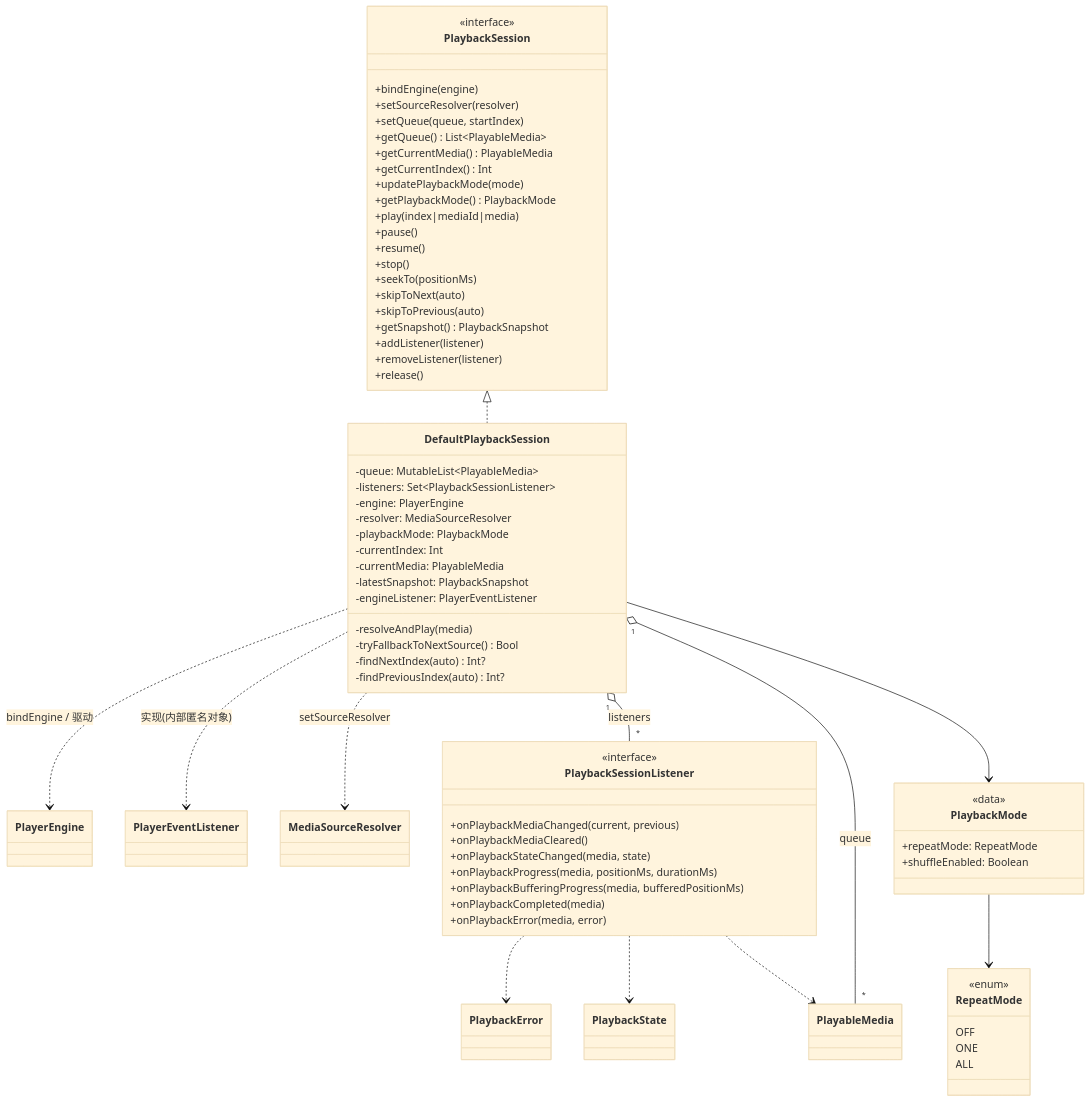
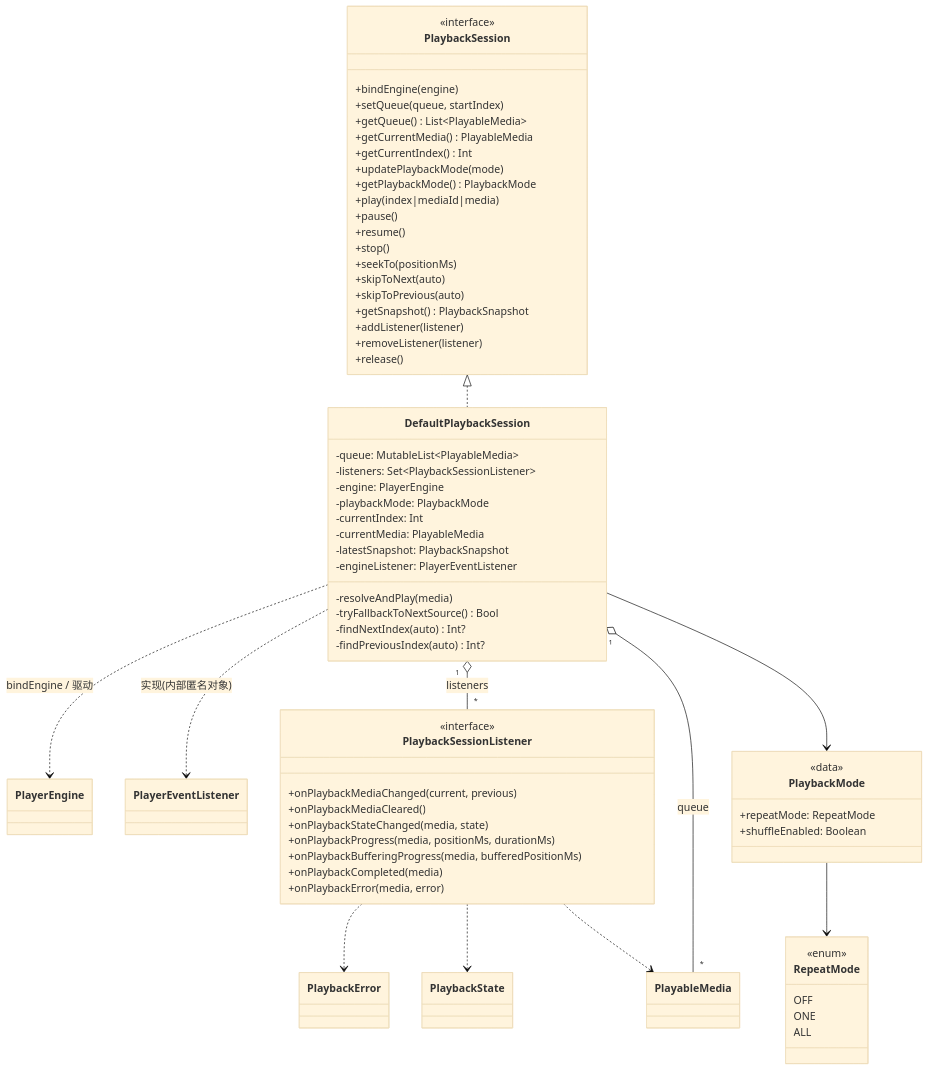
One commit to qinweiforandroid/QPlayer changed the first of 4 diagrams in docs/ai/protocol-class-diagram.md. Above: the diagram before and after it, drawn with Mermaid (base theme). The commit also changed other lines of this file and 22 other files, not shown here.

````diff
--- a/docs/ai/protocol-class-diagram.md
+++ b/docs/ai/protocol-class-diagram.md
@@ -7,77 +9,74 @@
 ```mermaid
 classDiagram
     class PlaybackSession {
         <<interface>>
         +bindEngine(engine)
-        +setSourceResolver(resolver)
         +setQueue(queue, startIndex)
         +getQueue() List~PlayableMedia~
         +getCurrentMedia() PlayableMedia
         +getCurrentIndex() Int
         +updatePlaybackMode(mode)
         +getPlaybackMode() PlaybackMode
         +play(index|mediaId|media)
         +pause()
         +resume()
         +stop()
         +seekTo(positionMs)
         +skipToNext(auto)
         +skipToPrevious(auto)
         +getSnapshot() PlaybackSnapshot
         +addListener(listener)
         +removeListener(listener)
         +release()
     }
 
     class DefaultPlaybackSession {
         -queue: MutableList~PlayableMedia~
         -listeners: Set~PlaybackSessionListener~
         -engine: PlayerEngine
-        -resolver: MediaSourceResolver
         -playbackMode: PlaybackMode
         -currentIndex: Int
         -currentMedia: PlayableMedia
         -latestSnapshot: PlaybackSnapshot
         -engineListener: PlayerEventListener
         -resolveAndPlay(media)
         -tryFallbackToNextSource() Bool
         -findNextIndex(auto) Int?
         -findPreviousIndex(auto) Int?
     }
 
     class PlaybackSessionListener {
         <<interface>>
         +onPlaybackMediaChanged(current, previous)
         +onPlaybackMediaCleared()
         +onPlaybackStateChanged(media, state)
         +onPlaybackProgress(media, positionMs, durationMs)
         +onPlaybackBufferingProgress(media, bufferedPositionMs)
         +onPlaybackCompleted(media)
         +onPlaybackError(media, error)
     }
 
     class PlaybackMode {
         <<data>>
         +repeatMode: RepeatMode
         +shuffleEnabled: Boolean
     }
 
     class RepeatMode {
         <<enum>>
         OFF
         ONE
         ALL
     }
 
     PlaybackSession <|.. DefaultPlaybackSession
     DefaultPlaybackSession ..> PlayerEngine : bindEngine / 驱动
     DefaultPlaybackSession ..> PlayerEventListener : 实现(内部匿名对象)
-    DefaultPlaybackSession ..> MediaSourceResolver : setSourceResolver
     DefaultPlaybackSession "1" o-- "*" PlaybackSessionListener : listeners
     DefaultPlaybackSession "1" o-- "*" PlayableMedia : queue
     DefaultPlaybackSession --> PlaybackMode
     PlaybackMode --> RepeatMode
     PlaybackSessionListener ..> PlaybackError
     PlaybackSessionListener ..> PlaybackState
     PlaybackSessionListener ..> PlayableMedia
 ```
````
